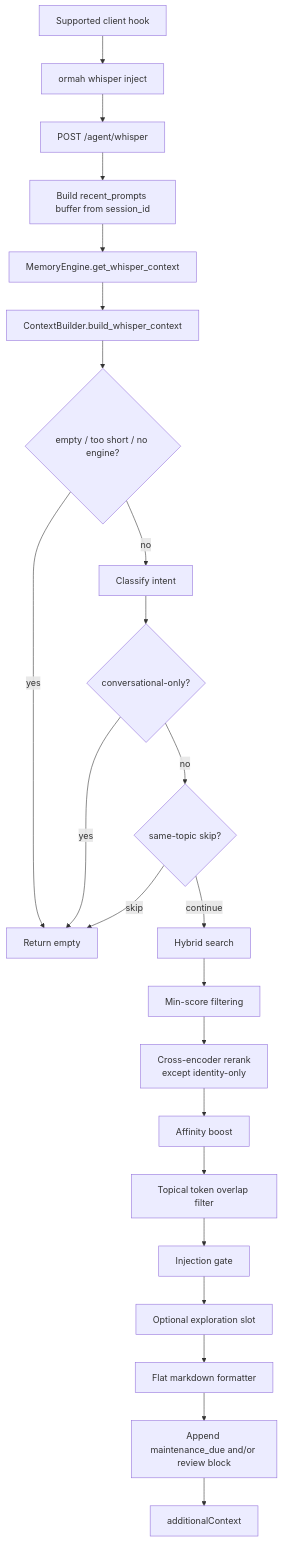
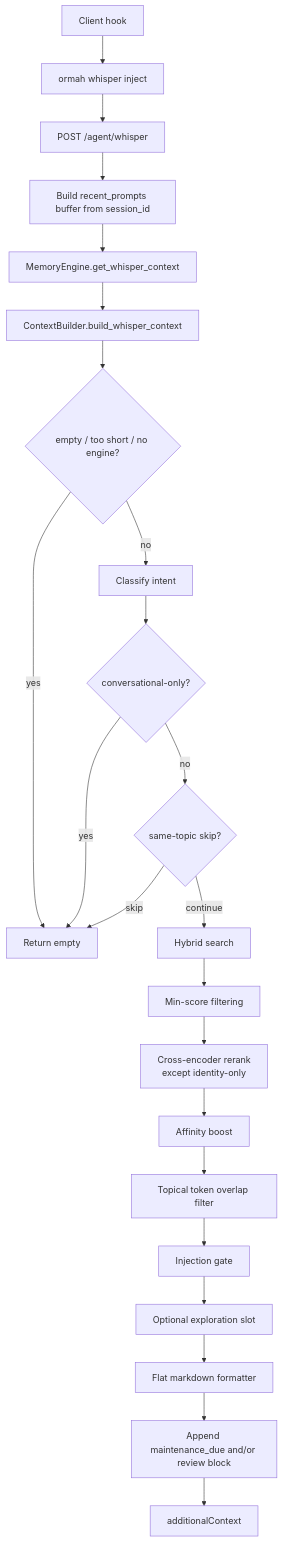
One commit to AndreLFSMartins/ormah changed the first of 2 diagrams in docs/04 - Whisper - Involuntary Recall.md. Above: the diagram before and after it, drawn with Mermaid. The commit also changed other lines of this file, not shown here.

Commit message:
Keep whisper design docs agent-agnostic

````diff
--- a/docs/04 - Whisper - Involuntary Recall.md
+++ b/docs/04 - Whisper - Involuntary Recall.md
@@ -20,28 +20,28 @@
 ```mermaid
 flowchart TB
-    START[Supported client hook] --> CLI[ormah whisper inject]
+    START[Client hook] --> CLI[ormah whisper inject]
     CLI --> API[POST /agent/whisper]
     API --> BUFFER[Build recent_prompts buffer from session_id]
     BUFFER --> ENGINE[MemoryEngine.get_whisper_context]
     ENGINE --> BUILD[ContextBuilder.build_whisper_context]
 
     BUILD --> EARLY{empty / too short / no engine?}
     EARLY -->|yes| EMPTY[Return empty]
     EARLY -->|no| INTENT[Classify intent]
 
     INTENT --> CONV{conversational-only?}
     CONV -->|yes| EMPTY
     CONV -->|no| TOPIC{same-topic skip?}
 
     TOPIC -->|skip| EMPTY
     TOPIC -->|continue| SEARCH[Hybrid search]
     SEARCH --> FLOOR[Min-score filtering]
     FLOOR --> RERANK[Cross-encoder rerank<br/>except identity-only]
     RERANK --> AFFINITY[Affinity boost]
     AFFINITY --> OVERLAP[Topical token overlap filter]
     OVERLAP --> GATE[Injection gate]
     GATE --> EXPLORE[Optional exploration slot]
     EXPLORE --> FORMAT[Flat markdown formatter]
     FORMAT --> EXTRA[Append maintenance_due and/or review block]
     EXTRA --> RESULT[additionalContext]
 ```
````
